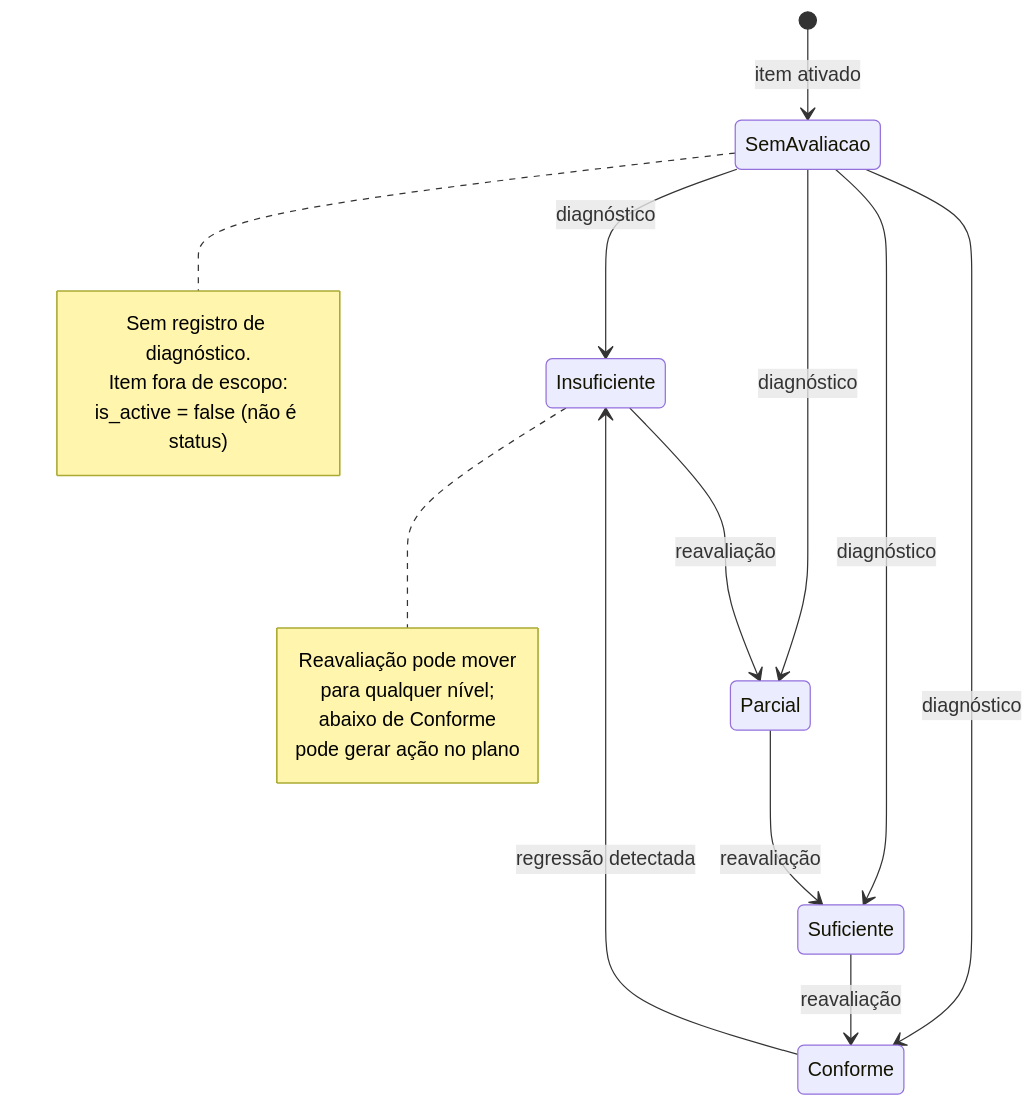
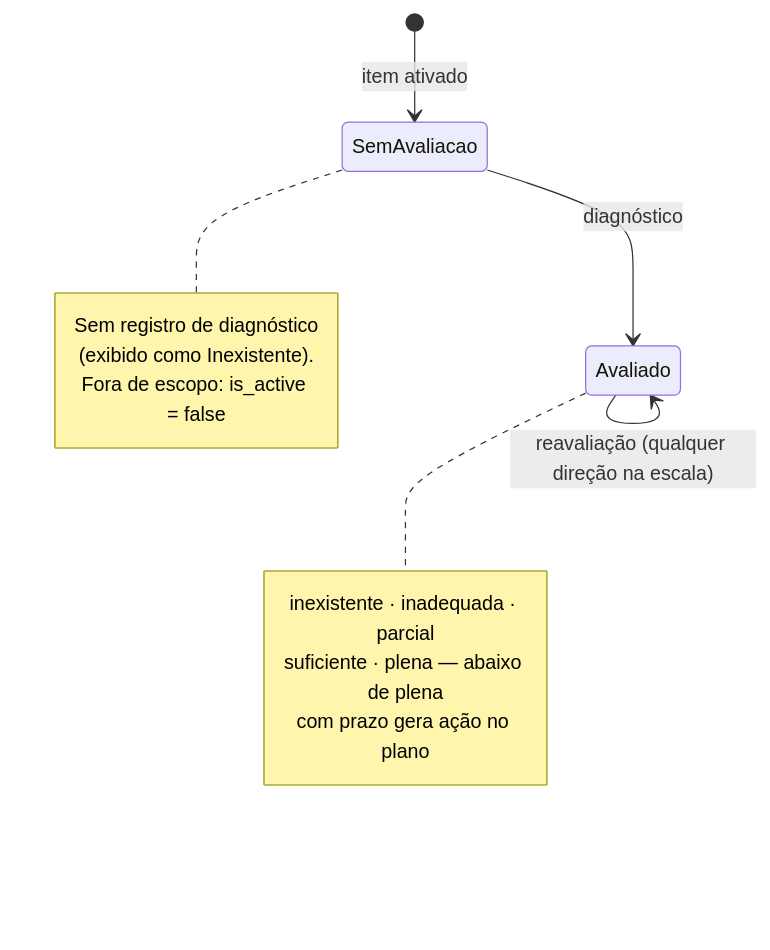
One commit to jcjoo/easynr10-fable changed the fifth of 8 diagrams in projeto.md. Above: the diagram before and after it, drawn with Mermaid. The commit also changed other lines of this file and 89 other files, not shown here.

````diff
--- a/projeto.md
+++ b/projeto.md
@@ -769,23 +545,16 @@
 ```mermaid
 stateDiagram-v2
     [*] --> SemAvaliacao : item ativado
-    SemAvaliacao --> Insuficiente : diagnóstico
-    SemAvaliacao --> Parcial : diagnóstico
-    SemAvaliacao --> Suficiente : diagnóstico
-    SemAvaliacao --> Conforme : diagnóstico
-    Insuficiente --> Parcial : reavaliação
-    Parcial --> Suficiente : reavaliação
-    Suficiente --> Conforme : reavaliação
-    Conforme --> Insuficiente : regressão detectada
+    SemAvaliacao --> Avaliado : diagnóstico
+    Avaliado --> Avaliado : reavaliação (qualquer direção na escala)
     note right of SemAvaliacao
-        Sem registro de diagnóstico.
-        Item fora de escopo:
-        is_active = false (não é status)
+        Sem registro de diagnóstico
+        (exibido como Inexistente).
+        Fora de escopo: is_active = false
     end note
-    note right of Insuficiente
-        Reavaliação pode mover
-        para qualquer nível;
-        abaixo de Conforme
-        pode gerar ação no plano
+    note right of Avaliado
+        inexistente · inadequada · parcial
+        suficiente · plena — abaixo de plena
+        com prazo gera ação no plano
     end note
 ```
````
